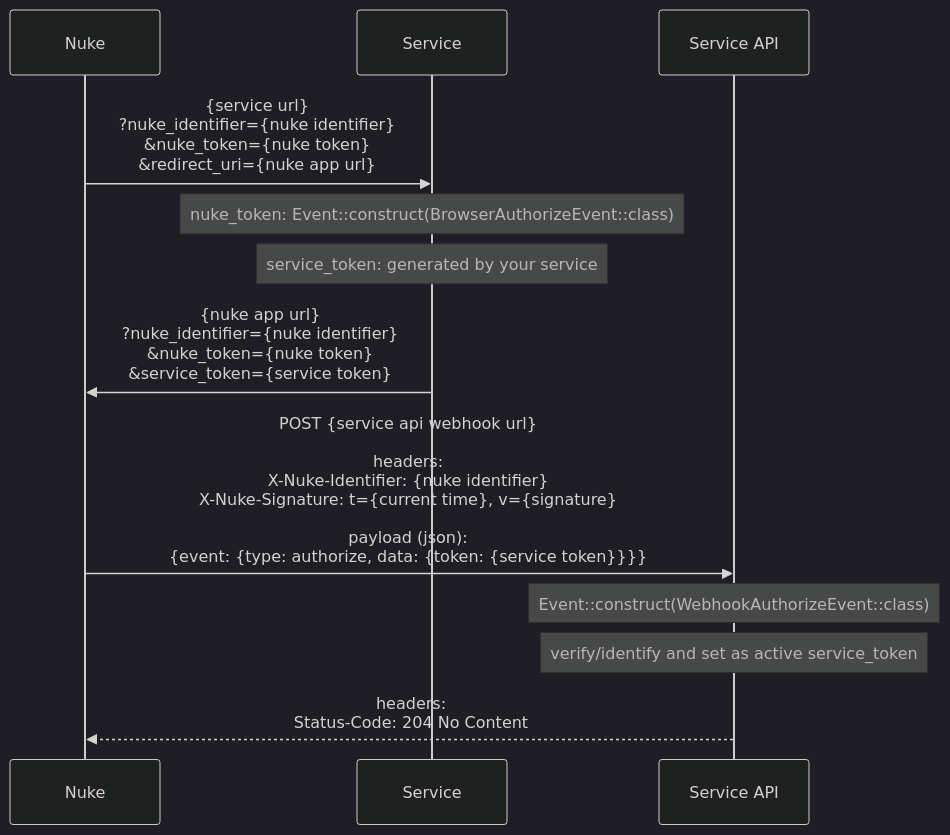
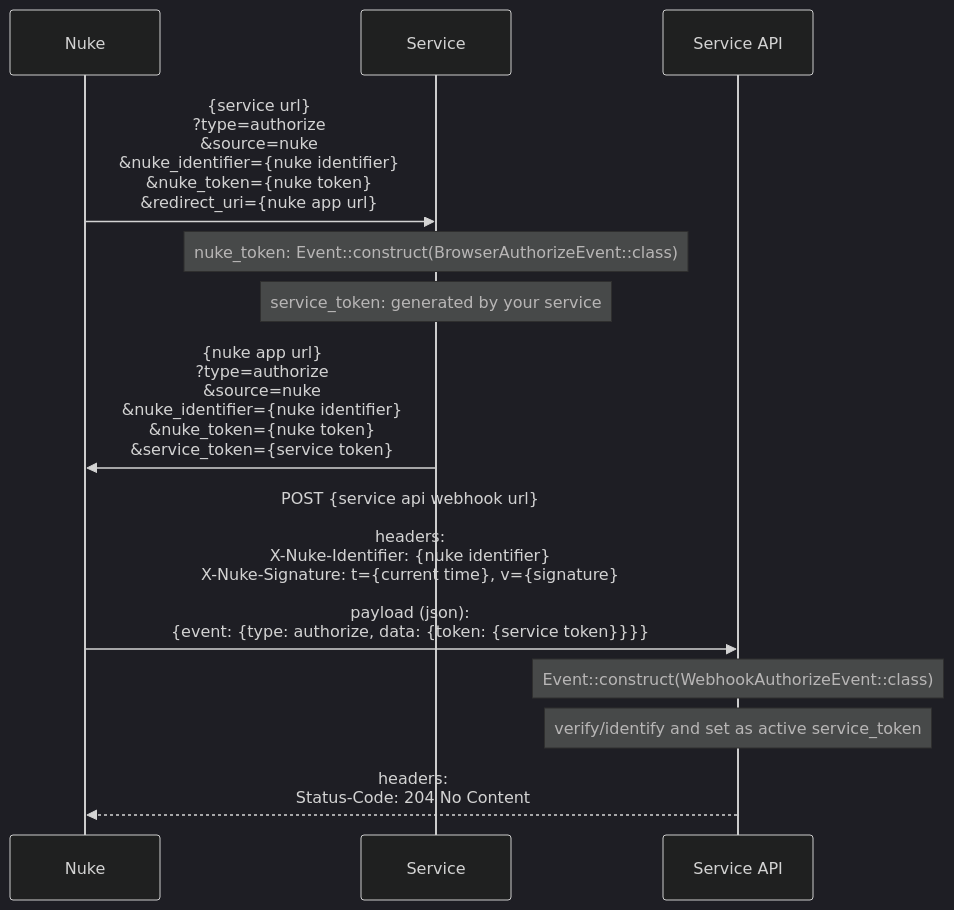
Before and after one commit to nukefromorbit/nuke-php: the third of 6 diagrams in README.md, drawn with Mermaid (dark theme). The commit also changed other lines of this file and 10 other files, not shown here.

Commit message:
feat(nuke): service implementation

````diff
--- a/README.md
+++ b/README.md
@@ -38,22 +38,22 @@
 ```mermaid
 sequenceDiagram
     participant nuke as Nuke
     participant service as Service
     participant service_api as Service API
 
-    nuke ->> service: {service url}<br>?nuke_identifier={nuke identifier}<br>&nuke_token={nuke token}<br>&redirect_uri={nuke app url}
+    nuke ->> service: {service url}<br>?type=authorize<br>&source=nuke<br>&nuke_identifier={nuke identifier}<br>&nuke_token={nuke token}<br>&redirect_uri={nuke app url}
 
     note over service: nuke_token: Event::construct(BrowserAuthorizeEvent::class)
 
     note over service: service_token: generated by your service
 
-    service ->> nuke: {nuke app url}<br>?nuke_identifier={nuke identifier}<br>&nuke_token={nuke token}<br>&service_token={service token}
+    service ->> nuke: {nuke app url}<br>?type=authorize<br>&source=nuke<br>&nuke_identifier={nuke identifier}<br>&nuke_token={nuke token}<br>&service_token={service token}
 
     nuke ->> service_api: POST {service api webhook url}<br><br>headers:<br>X-Nuke-Identifier: {nuke identifier}<br>X-Nuke-Signature: t={current time}, v={signature}<br><br>payload (json):<br>{event: {type: authorize, data: {token: {service token}}}}
 
     note over service_api: Event::construct(WebhookAuthorizeEvent::class)
 
     note over service_api: verify/identify and set as active service_token
 
     service_api -->> nuke: headers:<br>Status-Code: 204 No Content
 ```
````
